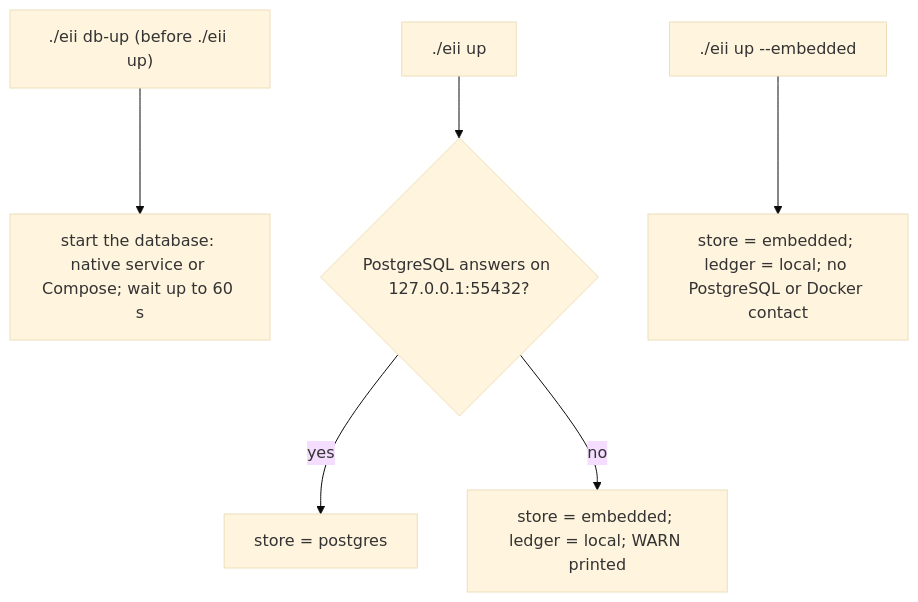
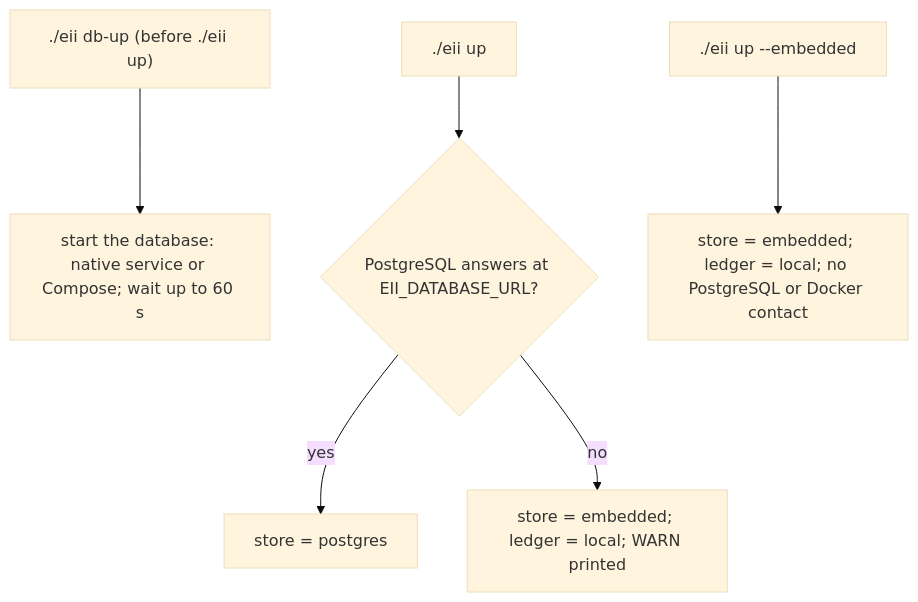
Before and after one commit to albarami/economic-investment-intelligence: the diagram in docs/13_DEPLOYMENT_AND_OPERATIONS.md, drawn with Mermaid (base theme). The commit also changed other lines of this file and 12 other files, not shown here.

````diff
--- a/docs/13_DEPLOYMENT_AND_OPERATIONS.md
+++ b/docs/13_DEPLOYMENT_AND_OPERATIONS.md
@@ -165,8 +165,8 @@
 ```mermaid
 flowchart TD
   U["./eii db-up (before ./eii up)"] --> V["start the database: native service or Compose; wait up to 60 s"]
-  A["./eii up"] --> B{"PostgreSQL answers on 127.0.0.1:55432?"}
+  A["./eii up"] --> B{"PostgreSQL answers at EII_DATABASE_URL?"}
   B -- yes --> D["store = postgres"]
   B -- no --> F["store = embedded; ledger = local; WARN printed"]
   G["./eii up --embedded"] --> H["store = embedded; ledger = local; no PostgreSQL or Docker contact"]
 ```
````
